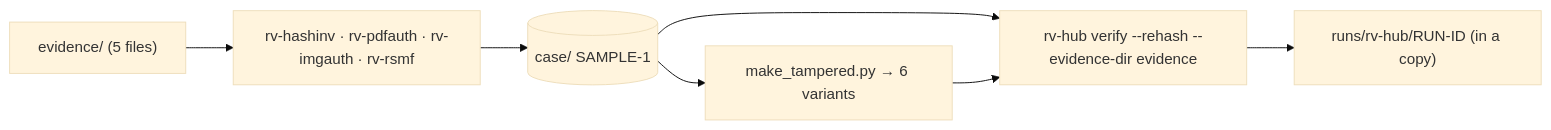
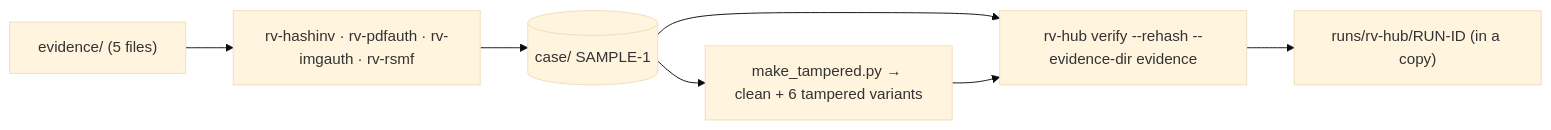
Before and after one commit to Panacota96/rv-hub: the diagram in examples/README.md, drawn with Mermaid (base theme). The commit also changed other lines of this file and 6 other files, not shown here.

First line of the commit message:
docs: usage, installation, case folder, forensic audit, architecture, CHANGELOG and examples for the hub

````diff
--- a/examples/README.md
+++ b/examples/README.md
@@ -24,9 +27,9 @@
 ```mermaid
 flowchart LR
     E["evidence/ (5 files)"] --> T["rv-hashinv · rv-pdfauth · rv-imgauth · rv-rsmf"]
     T --> C[("case/ SAMPLE-1")]
     C --> V["rv-hub verify --rehash --evidence-dir evidence"]
     V --> R["runs/rv-hub/RUN-ID (in a copy)"]
-    C --> X["make_tampered.py → 6 variants"]
+    C --> X["make_tampered.py → clean + 6 tampered variants"]
     X --> V
 ```
````
